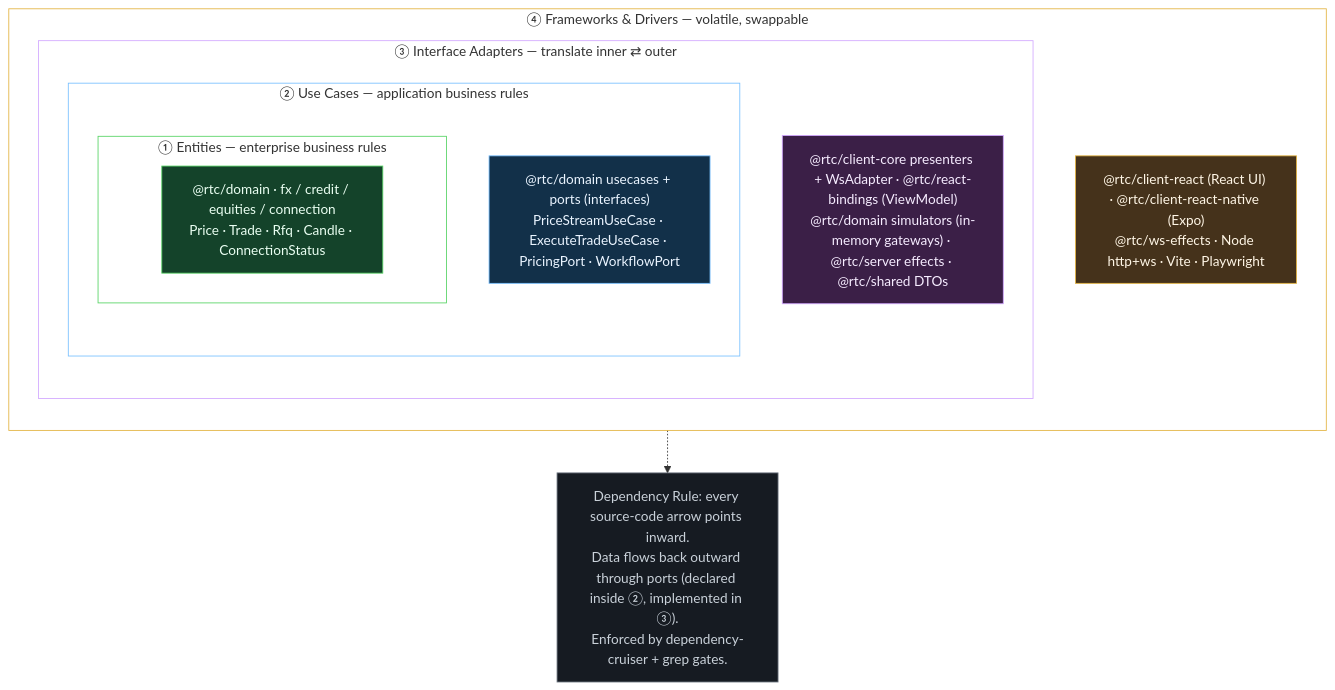
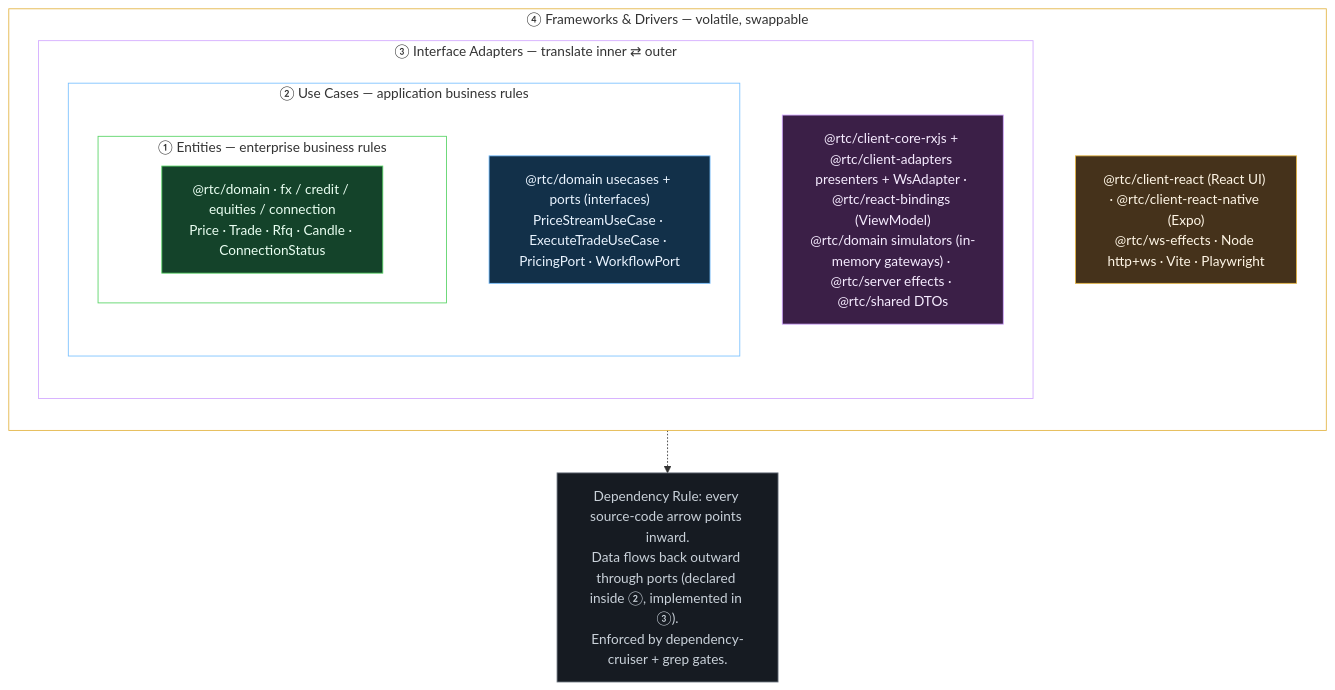
The second of 3 diagrams in docs/architecture/01-overview.md (bettersoftware-io/ReactiveTraderCloudClone), drawn with Mermaid before and after one commit. The commit also changed other lines of this file and 43 other files, not shown here.

First line of the commit message:
docs: the three sibling cores and @rtc/client-adapters; retire the import codemod

````diff
--- a/docs/architecture/01-overview.md
+++ b/docs/architecture/01-overview.md
@@ -93,30 +93,30 @@
 ```mermaid
 flowchart TB
   subgraph FW["④ Frameworks & Drivers — volatile, swappable"]
     direction TB
     subgraph IA["③ Interface Adapters — translate inner ⇄ outer"]
       direction TB
       subgraph UC["② Use Cases — application business rules"]
         direction TB
         subgraph EN["① Entities — enterprise business rules"]
           ent["@rtc/domain · fx / credit / equities / connection<br/>Price · Trade · Rfq · Candle · ConnectionStatus"]:::en
         end
         uc["@rtc/domain usecases + ports (interfaces)<br/>PriceStreamUseCase · ExecuteTradeUseCase · PricingPort · WorkflowPort"]:::uc
       end
-      ia["@rtc/client-core presenters + WsAdapter · @rtc/react-bindings (ViewModel)<br/>@rtc/domain simulators (in-memory gateways) · @rtc/server effects · @rtc/shared DTOs"]:::ia
+      ia["@rtc/client-core-rxjs + @rtc/client-adapters presenters + WsAdapter · @rtc/react-bindings (ViewModel)<br/>@rtc/domain simulators (in-memory gateways) · @rtc/server effects · @rtc/shared DTOs"]:::ia
     end
     fw["@rtc/client-react (React UI) · @rtc/client-react-native (Expo)<br/>@rtc/ws-effects · Node http+ws · Vite · Playwright"]:::fw
   end
   note["Dependency Rule: every source-code arrow points inward.<br/>Data flows back outward through ports (declared inside ②, implemented in ③).<br/>Enforced by dependency-cruiser + grep gates."]:::noteC
   FW -.-> note
 
   classDef en fill:#14432a,stroke:#56d364,color:#eafff2
   classDef uc fill:#123049,stroke:#79c0ff,color:#eaf4ff
   classDef ia fill:#3b1f47,stroke:#d2a8ff,color:#f6ecff
   classDef fw fill:#45321b,stroke:#e3b341,color:#fff6e6
   classDef noteC fill:#161b22,stroke:#6e7681,color:#c9d1d9
   style EN fill:none,stroke:#56d364
   style UC fill:none,stroke:#79c0ff
   style IA fill:none,stroke:#d2a8ff
   style FW fill:none,stroke:#e3b341
 ```
````
